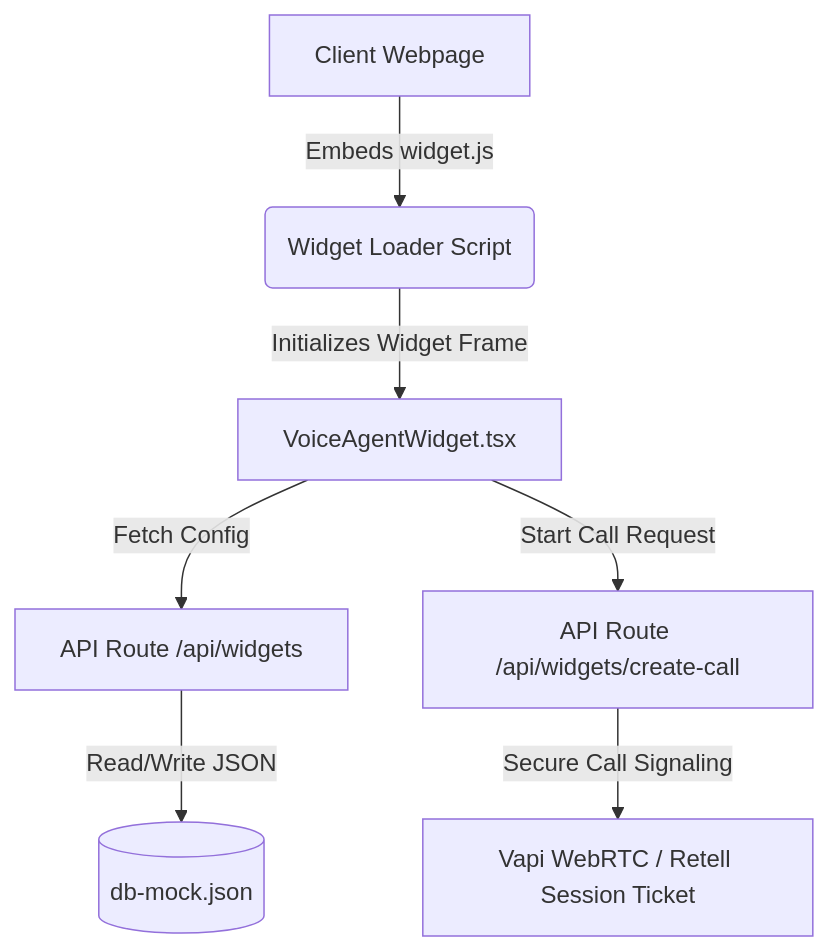
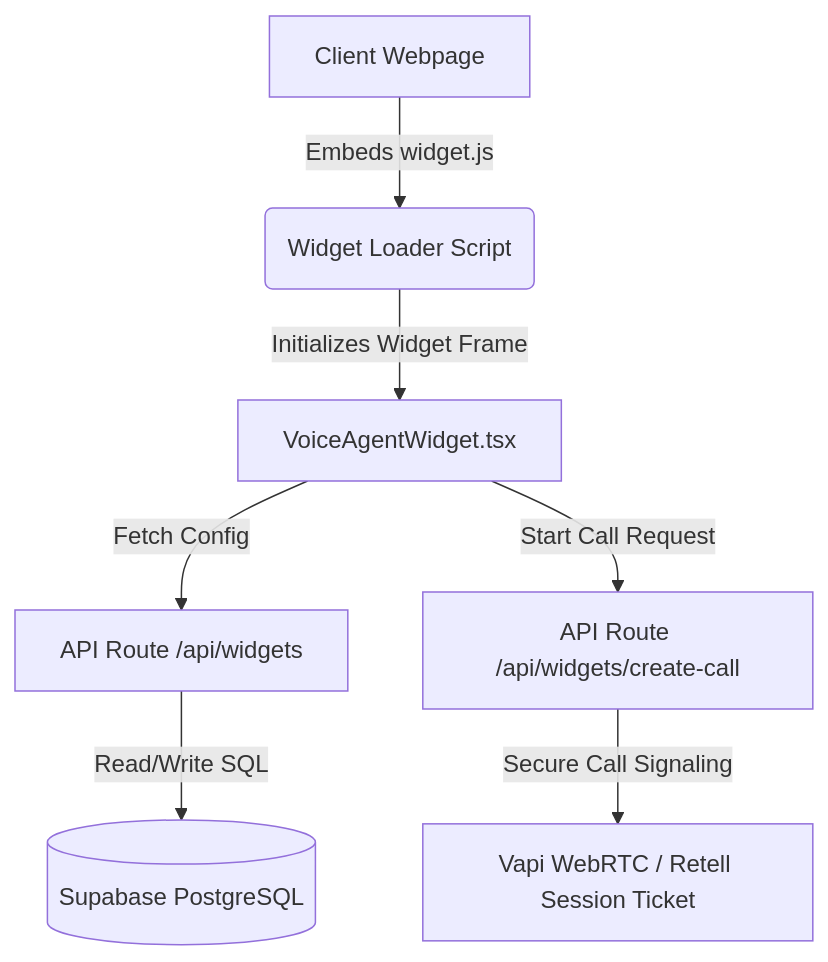
One commit to AliRana30/car-dealership-widget changed the diagram in README.md. Above: the diagram before and after it, drawn with Mermaid. The commit also changed 9 other files, not shown here.

Commit message:
feat: migrate from mockDB to Supabase PostgreSQL database

````diff
--- a/README.md
+++ b/README.md
@@ -45,9 +45,9 @@
 ```mermaid
 graph TD
     A[Client Webpage] -->|Embeds widget.js| B(Widget Loader Script)
     B -->|Initializes Widget Frame| C[VoiceAgentWidget.tsx]
     C -->|Fetch Config| D[API Route /api/widgets]
-    D -->|Read/Write JSON| E[(db-mock.json)]
+    D -->|Read/Write SQL| E[(Supabase PostgreSQL)]
     C -->|Start Call Request| F[API Route /api/widgets/create-call]
     F -->|Secure Call Signaling| G[Vapi WebRTC / Retell Session Ticket]
 ```
````
